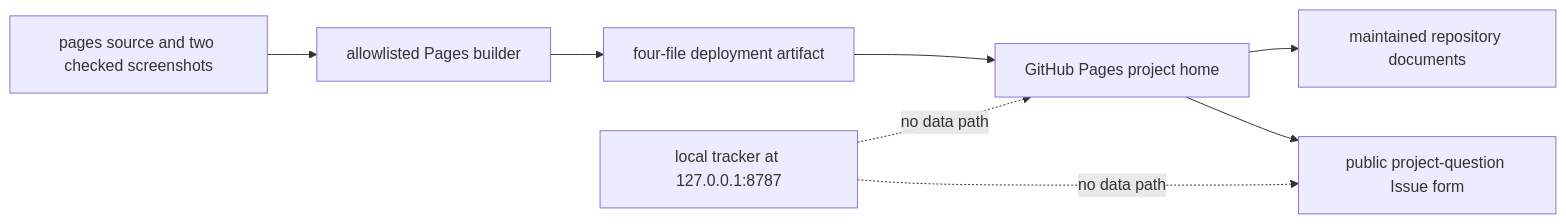
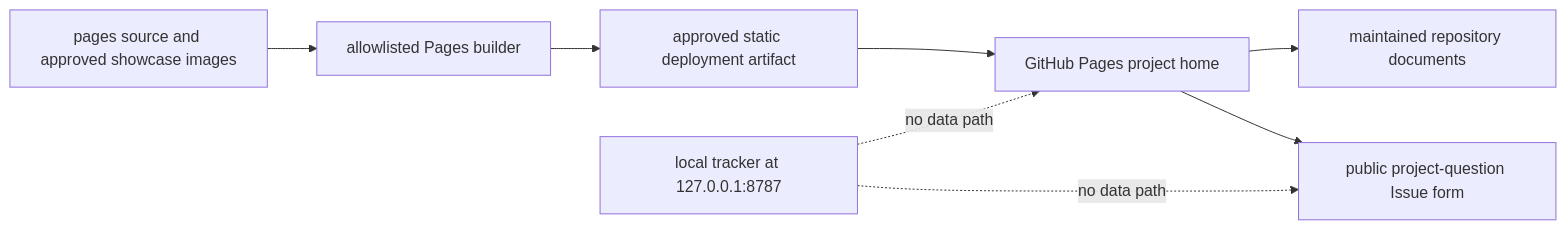
Before and after one commit to raymond-nassar/recap-page: the sixth of 6 diagrams in docs/ARCHITECTURE.md, drawn with Mermaid. The commit also changed other lines of this file and 32 other files, not shown here.

First line of the commit message:
feat(pages): showcase Android with clearer project guidance

````diff
--- a/docs/ARCHITECTURE.md
+++ b/docs/ARCHITECTURE.md
@@ -642,10 +575,10 @@
 ```mermaid
 flowchart LR
-  source["pages source and two checked screenshots"] --> builder["allowlisted Pages builder"]
-  builder --> artifact["four-file deployment artifact"]
+  source["pages source and approved showcase images"] --> builder["allowlisted Pages builder"]
+  builder --> artifact["approved static deployment artifact"]
   artifact --> pages["GitHub Pages project home"]
   pages --> docs["maintained repository documents"]
   pages --> questions["public project-question Issue form"]
   tracker["local tracker at 127.0.0.1:8787"] -. "no data path" .-> pages
   tracker -. "no data path" .-> questions
 ```
````
